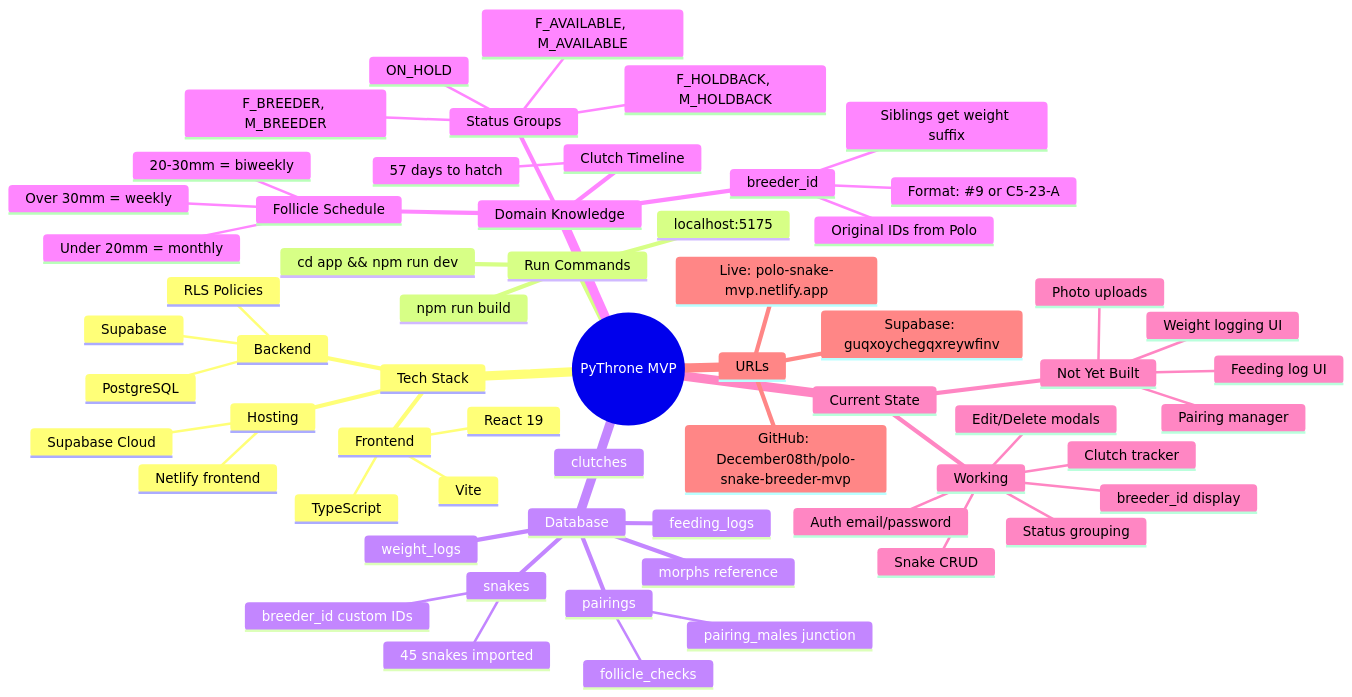
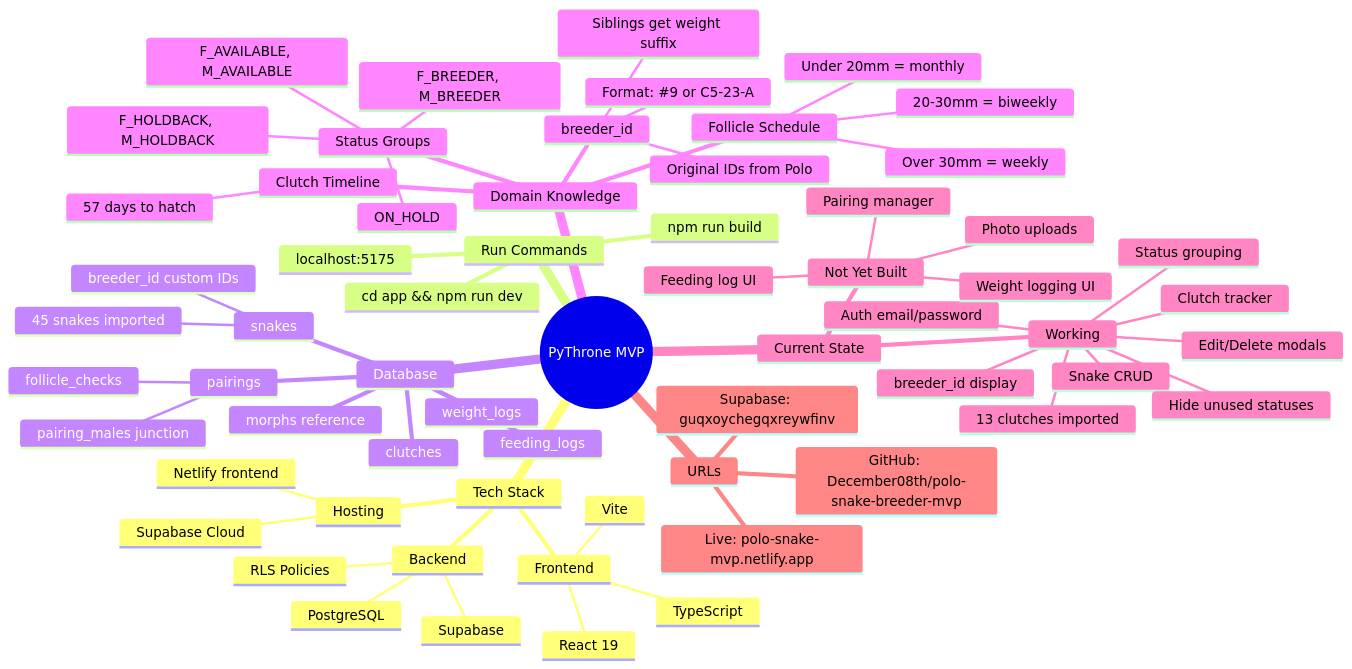
One commit to December08th/polo-snake-breeder-mvp changed the diagram in CLAUDE.md. Above: the diagram before and after it, drawn with Mermaid. The commit also changed other lines of this file and 8 other files, not shown here.

First line of the commit message:
Add hide unused statuses feature and import 13 clutches

````diff
--- a/CLAUDE.md
+++ b/CLAUDE.md
@@ -5,64 +5,66 @@
 ```mermaid
 mindmap
   root((PyThrone MVP))
     Tech Stack
       Frontend
         React 19
         TypeScript
         Vite
       Backend
         Supabase
         PostgreSQL
         RLS Policies
       Hosting
         Netlify frontend
         Supabase Cloud
     Run Commands
       cd app && npm run dev
       localhost:5175
       npm run build
     Database
       snakes
         breeder_id custom IDs
         45 snakes imported
       weight_logs
       feeding_logs
       pairings
         pairing_males junction
         follicle_checks
       clutches
       morphs reference
     Domain Knowledge
       breeder_id
         Original IDs from Polo
         Format: #9 or C5-23-A
         Siblings get weight suffix
       Status Groups
         F_BREEDER, M_BREEDER
         F_HOLDBACK, M_HOLDBACK
         F_AVAILABLE, M_AVAILABLE
         ON_HOLD
       Follicle Schedule
         Under 20mm = monthly
         20-30mm = biweekly
         Over 30mm = weekly
       Clutch Timeline
         57 days to hatch
     Current State
       Working
         Auth email/password
         Snake CRUD
         Status grouping
+        Hide unused statuses
         Edit/Delete modals
         breeder_id display
         Clutch tracker
+        13 clutches imported
       Not Yet Built
         Weight logging UI
         Feeding log UI
         Pairing manager
         Photo uploads
     URLs
       Live: polo-snake-mvp.netlify.app
       Supabase: guqxoychegqxreywfinv
       GitHub: December08th/polo-snake-breeder-mvp
 ```
````
